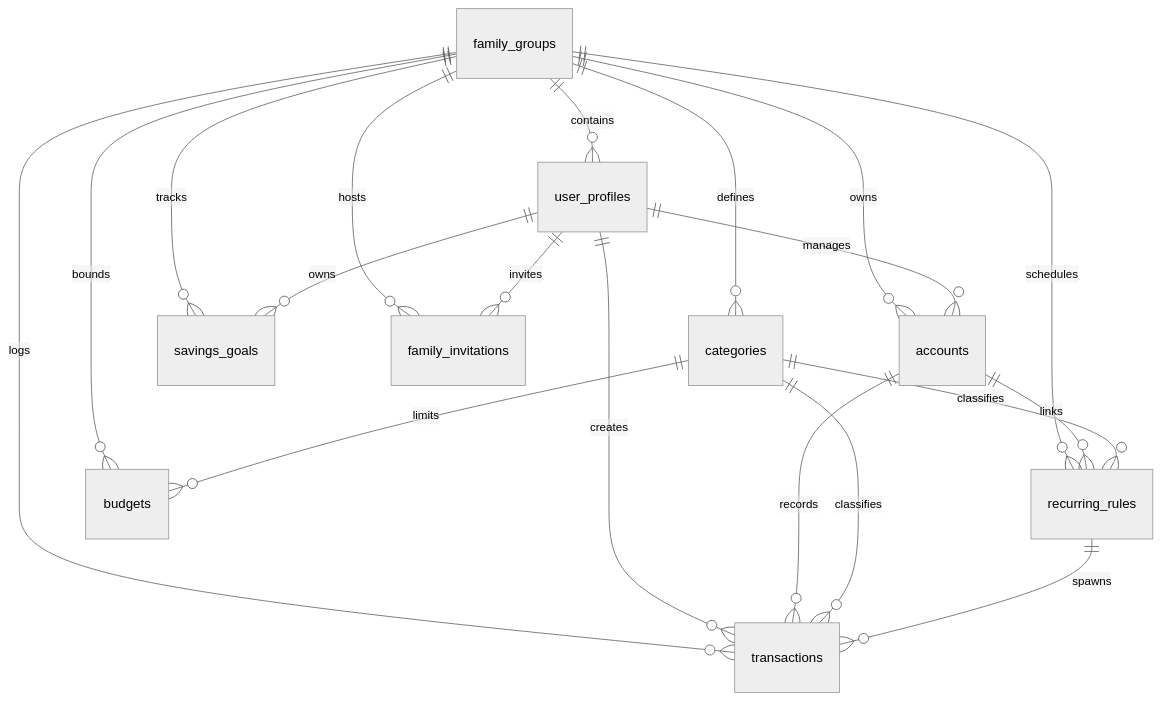
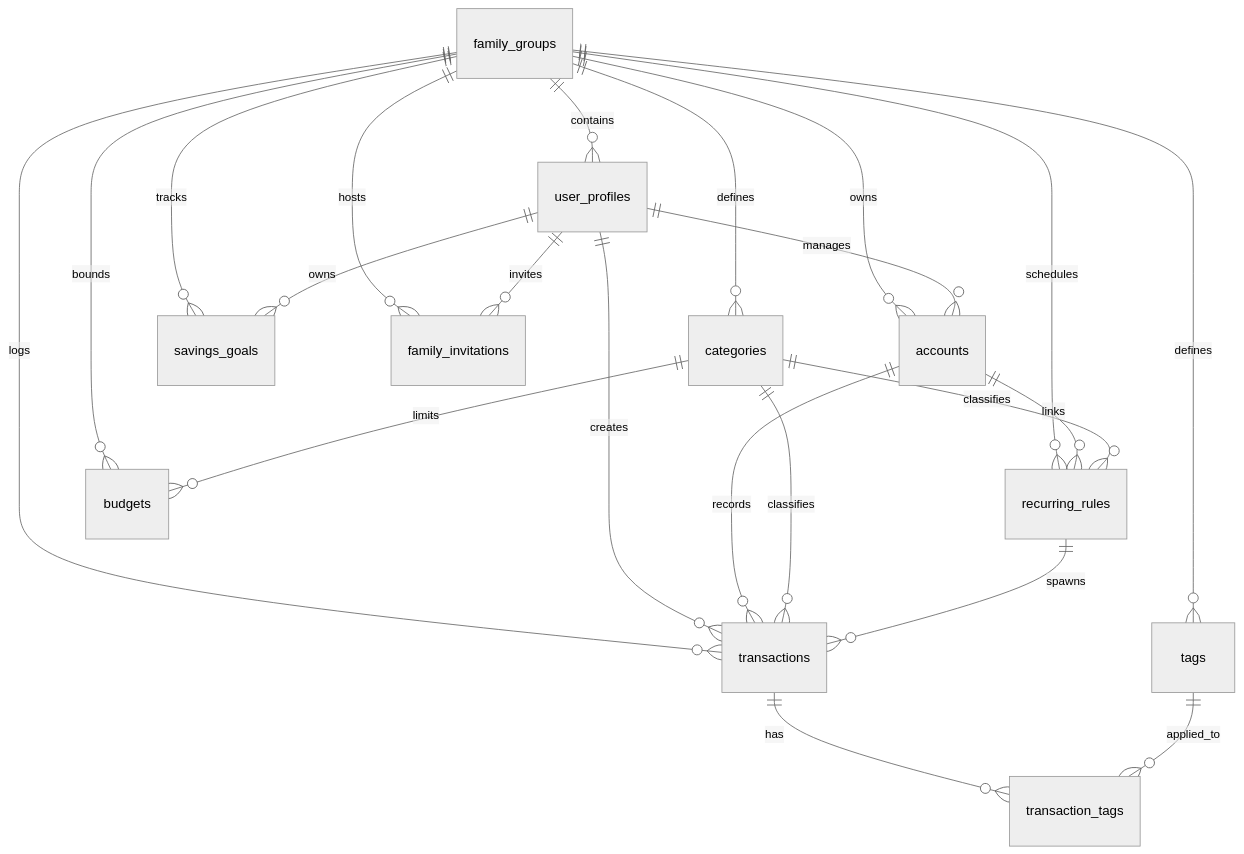
One commit to john-mantilla/zenmoney changed the diagram in DATA_MODEL.md. Above: the diagram before and after it, drawn with Mermaid (neutral theme). The commit also changed other lines of this file and 24 other files, not shown here.

````diff
--- a/DATA_MODEL.md
+++ b/DATA_MODEL.md
@@ -10,23 +10,26 @@
 ```mermaid
 erDiagram
     family_groups ||--o{ user_profiles : contains
     family_groups ||--o{ accounts : owns
     family_groups ||--o{ categories : defines
     family_groups ||--o{ transactions : logs
     family_groups ||--o{ recurring_rules : schedules
     family_groups ||--o{ budgets : bounds
     family_groups ||--o{ savings_goals : tracks
     family_groups ||--o{ family_invitations : hosts
+    family_groups ||--o{ tags : defines
 
     user_profiles ||--o{ accounts : manages
     user_profiles ||--o{ transactions : creates
     user_profiles ||--o{ savings_goals : owns
     user_profiles ||--o{ family_invitations : invites
 
     accounts ||--o{ transactions : records
     accounts ||--o{ recurring_rules : links
     categories ||--o{ transactions : classifies
     categories ||--o{ recurring_rules : classifies
     categories ||--o{ budgets : limits
     recurring_rules ||--o{ transactions : spawns
+    transactions ||--o{ transaction_tags : has
+    tags ||--o{ transaction_tags : applied_to
 ```
````
